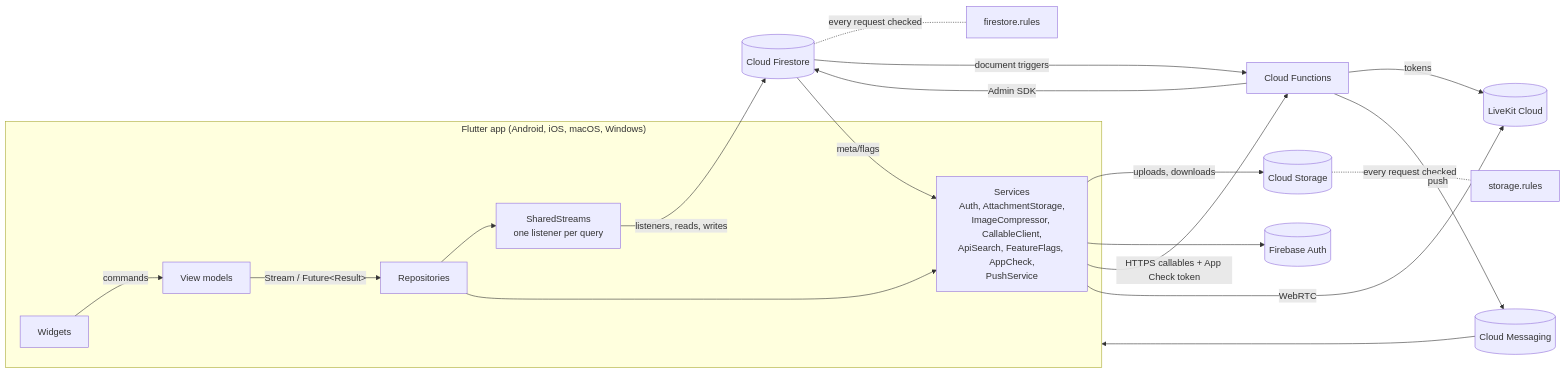
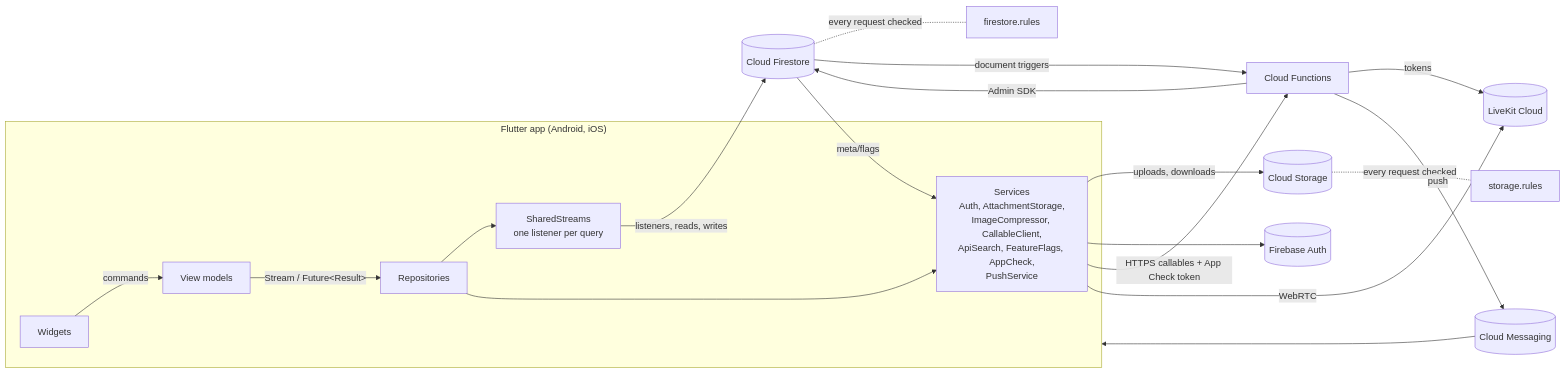
The first of 3 diagrams in docs/ARCHITECTURE.md (brianrhonea/frisbee_app), drawn with Mermaid before and after one commit. The commit also changed other lines of this file and 22 other files, not shown here.

First line of the commit message:
App: remove desktop leftovers (Windows/macOS builds are gone)

````diff
--- a/docs/ARCHITECTURE.md
+++ b/docs/ARCHITECTURE.md
@@ -105,24 +105,24 @@
 ```mermaid
 flowchart LR
-  subgraph Device["Flutter app (Android, iOS, macOS, Windows)"]
+  subgraph Device["Flutter app (Android, iOS)"]
     W[Widgets] -->|commands| VM[View models]
     VM -->|Stream / Future&lt;Result&gt;| R[Repositories]
     R --> SS[SharedStreams<br/>one listener per query]
     R --> SV[Services<br/>Auth, AttachmentStorage,<br/>ImageCompressor, CallableClient,<br/>ApiSearch, FeatureFlags, AppCheck,<br/>PushService]
   end
 
   SS -->|listeners, reads, writes| FS[(Cloud Firestore)]
   SV -->|uploads, downloads| ST[(Cloud Storage)]
   SV --> AU[(Firebase Auth)]
   SV -->|HTTPS callables + App Check token| CF[Cloud Functions]
   SV -->|WebRTC| LK[(LiveKit Cloud)]
 
   FS -. every request checked .- FR[firestore.rules]
   ST -. every request checked .- SR[storage.rules]
   FS -->|document triggers| CF
   CF -->|Admin SDK| FS
   CF -->|tokens| LK
   CF -->|push| FCM[(Cloud Messaging)]
   FCM --> Device
   FS -->|meta/flags| SV
 ```
````
